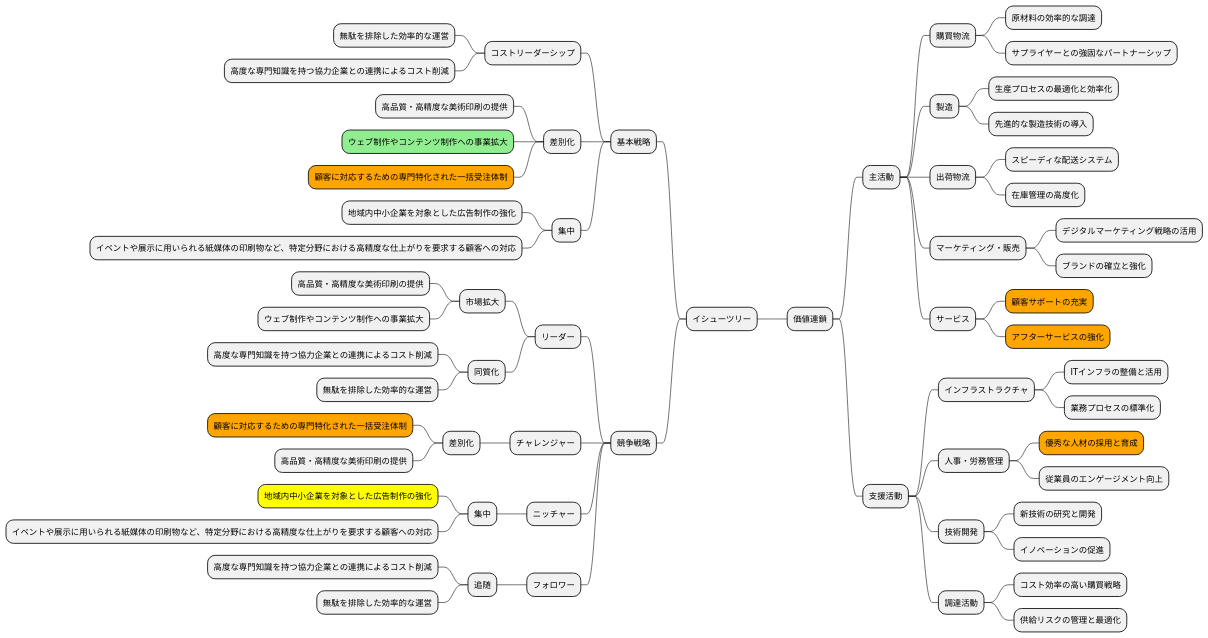
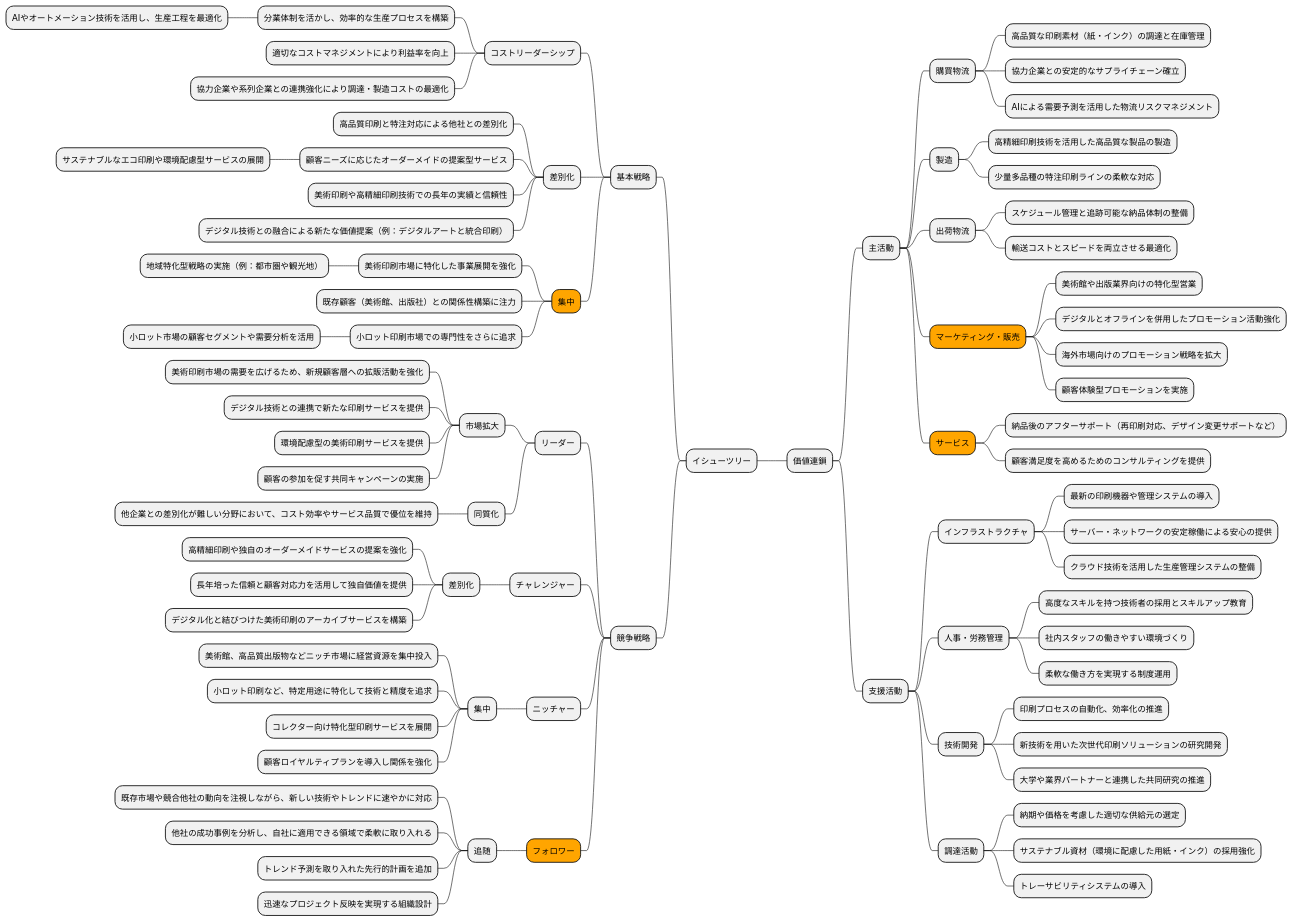
Diagram 11 of 19 in docs/case/r03_case_1.adoc (k2works/case-study-business-analysis), drawn with PlantUML before and after one commit. The commit also changed other lines of this file, not shown here.

```diff
--- a/docs/case/r03_case_1.adoc
+++ b/docs/case/r03_case_1.adoc
@@ -381,65 +422,85 @@
 left side
 ** 基本戦略
 *** コストリーダーシップ
-**** 無駄を排除した効率的な運営
-**** 高度な専門知識を持つ協力企業との連携によるコスト削減
+**** 分業体制を活かし、効率的な生産プロセスを構築
+***** AIやオートメーション技術を活用し、生産工程を最適化
+**** 適切なコストマネジメントにより利益率を向上
+**** 協力企業や系列企業との連携強化により調達・製造コストの最適化
 *** 差別化
-**** 高品質・高精度な美術印刷の提供
-****[#lightgreen] ウェブ制作やコンテンツ制作への事業拡大
-****[#orange] 顧客に対応するための専門特化された一括受注体制
-*** 集中
-**** 地域内中小企業を対象とした広告制作の強化
-**** イベントや展示に用いられる紙媒体の印刷物など、特定分野における高精度な仕上がりを要求する顧客への対応
+**** 高品質印刷と特注対応による他社との差別化
+**** 顧客ニーズに応じたオーダーメイドの提案型サービス
+***** サステナブルなエコ印刷や環境配慮型サービスの展開
+**** 美術印刷や高精細印刷技術での長年の実績と信頼性
+**** デジタル技術との融合による新たな価値提案（例：デジタルアートと統合印刷）
+***[#orange] 集中
+**** 美術印刷市場に特化した事業展開を強化
+***** 地域特化型戦略の実施（例：都市圏や観光地）
+**** 既存顧客（美術館、出版社）との関係性構築に注力
+**** 小ロット印刷市場での専門性をさらに追求
+***** 小ロット市場の顧客セグメントや需要分析を活用
 ** 競争戦略
 *** リーダー
 **** 市場拡大
-***** 高品質・高精度な美術印刷の提供
-***** ウェブ制作やコンテンツ制作への事業拡大
+***** 美術印刷市場の需要を広げるため、新規顧客層への拡販活動を強化
+***** デジタル技術との連携で新たな印刷サービスを提供
+***** 環境配慮型の美術印刷サービスを提供
+***** 顧客の参加を促す共同キャンペーンの実施
 **** 同質化
-***** 高度な専門知識を持つ協力企業との連携によるコスト削減
-***** 無駄を排除した効率的な運営
+***** 他企業との差別化が難しい分野において、コスト効率やサービス品質で優位を維持
 *** チャレンジャー
 **** 差別化
-*****[#orange] 顧客に対応するための専門特化された一括受注体制
-***** 高品質・高精度な美術印刷の提供
+***** 高精細印刷や独自のオーダーメイドサービスの提案を強化
+***** 長年培った信頼と顧客対応力を活用して独自価値を提供
+***** デジタル化と結びつけた美術印刷のアーカイブサービスを構築
 *** ニッチャー
 **** 集中
-*****[#yellow] 地域内中小企業を対象とした広告制作の強化
-***** イベントや展示に用いられる紙媒体の印刷物など、特定分野における高精度な仕上がりを要求する顧客への対応
-*** フォロワー
+***** 美術館、高品質出版物などニッチ市場に経営資源を集中投入
+***** 小ロット印刷など、特定用途に特化して技術と精度を追求
+***** コレクター向け特化型印刷サービスを展開
+***** 顧客ロイヤルティプランを導入し関係を強化
+***[#orange] フォロワー
 **** 追随
-***** 高度な専門知識を持つ協力企業との連携によるコスト削減
-***** 無駄を排除した効率的な運営
+***** 既存市場や競合他社の動向を注視しながら、新しい技術やトレンドに速やかに対応
+***** 他社の成功事例を分析し、自社に適用できる領域で柔軟に取り入れる
+***** トレンド予測を取り入れた先行的計画を追加
+***** 迅速なプロジェクト反映を実現する組織設計
 right side
 ** 価値連鎖
 *** 主活動
 **** 購買物流
-***** 原材料の効率的な調達
-***** サプライヤーとの強固なパートナーシップ
+***** 高品質な印刷素材（紙・インク）の調達と在庫管理
+***** 協力企業との安定的なサプライチェーン確立
+***** AIによる需要予測を活用した物流リスクマネジメント
 **** 製造
-***** 生産プロセスの最適化と効率化
-***** 先進的な製造技術の導入
+***** 高精細印刷技術を活用した高品質な製品の製造
+***** 少量多品種の特注印刷ラインの柔軟な対応
 **** 出荷物流
-***** スピーディな配送システム
-***** 在庫管理の高度化
-**** マーケティング・販売
-***** デジタルマーケティング戦略の活用
-***** ブランドの確立と強化
-**** サービス
-*****[#orange] 顧客サポートの充実
-*****[#orange] アフターサービスの強化
+***** スケジュール管理と追跡可能な納品体制の整備
+***** 輸送コストとスピードを両立させる最適化
+****[#orange] マーケティング・販売
+***** 美術館や出版業界向けの特化型営業
+***** デジタルとオフラインを併用したプロモーション活動強化
+***** 海外市場向けのプロモーション戦略を拡大
+***** 顧客体験型プロモーションを実施
+****[#orange] サービス
+***** 納品後のアフターサポート（再印刷対応、デザイン変更サポートなど）
+***** 顧客満足度を高めるためのコンサルティングを提供
 *** 支援活動
 **** インフラストラクチャ
-***** ITインフラの整備と活用
-***** 業務プロセスの標準化
+***** 最新の印刷機器や管理システムの導入
+***** サーバー・ネットワークの安定稼働による安心の提供
+***** クラウド技術を活用した生産管理システムの整備
 **** 人事・労務管理
-*****[#orange] 優秀な人材の採用と育成
-***** 従業員のエンゲージメント向上
+***** 高度なスキルを持つ技術者の採用とスキルアップ教育
+***** 社内スタッフの働きやすい環境づくり
+***** 柔軟な働き方を実現する制度運用
 **** 技術開発
-***** 新技術の研究と開発
-***** イノベーションの促進
+***** 印刷プロセスの自動化、効率化の推進
+***** 新技術を用いた次世代印刷ソリューションの研究開発
+***** 大学や業界パートナーと連携した共同研究の推進
 **** 調達活動
-***** コスト効率の高い購買戦略
-***** 供給リスクの管理と最適化
+***** 納期や価格を考慮した適切な供給元の選定
+***** サステナブル資材（環境に配慮した用紙・インク）の採用強化
+***** トレーサビリティシステムの導入
 @endmindmap
 ----
```
